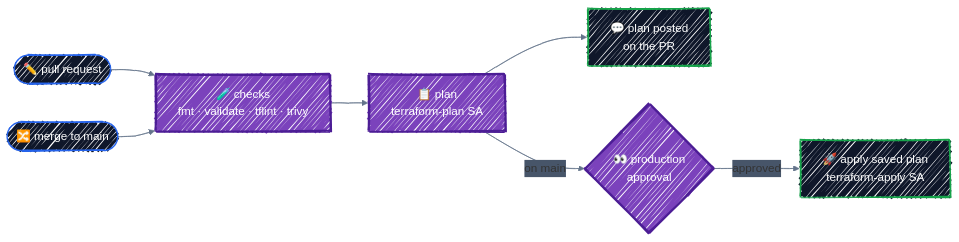
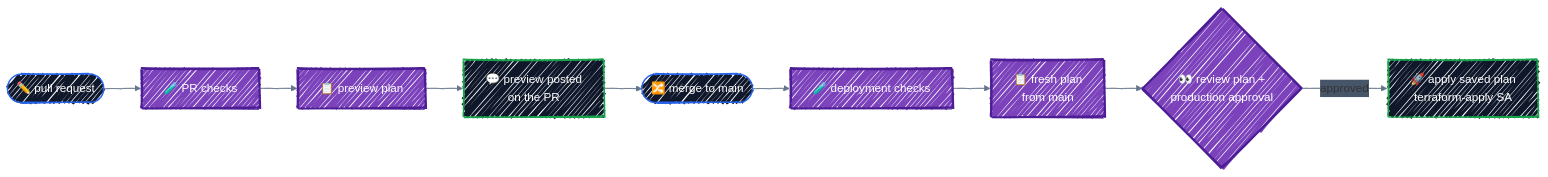
The second of 2 diagrams in docs/team-workflow/ci-cd.md (r97221004/terraform-tutorial), drawn with Mermaid before and after one commit. The commit also changed other lines of this file and 1 other file, not shown here.

Commit message:
docs: clarify preview and deployment plans

````diff
--- a/docs/team-workflow/ci-cd.md
+++ b/docs/team-workflow/ci-cd.md
@@ -159,33 +159,34 @@
 ```mermaid
 ---
 config:
   look: handDrawn
   theme: default
   themeVariables:
     fontFamily: '"Comic Sans MS", "Comic Sans", "Segoe Print", "Bradley Hand", cursive'
     lineColor: '#64748B'
     edgeLabelBackground: '#475569'
   themeCSS: |
     .edgeLabel, .edgeLabel p, .edgeLabel span { color: #FFFFFF !important; }
 ---
 flowchart LR
     pr(["✏️ pull request"])
-    checks["🧪 checks<br/>fmt · validate · tflint · trivy"]
-    plan["📋 plan<br/>terraform-plan SA"]
-    comment["💬 plan posted<br/>on the PR"]
+    prchecks["🧪 PR checks"]
+    preview["📋 preview plan"]
+    comment["💬 preview posted<br/>on the PR"]
     merge(["🔀 merge to main"])
-    approve{"👀 production<br/>approval"}
+    deploychecks["🧪 deployment checks"]
+    deployplan["📋 fresh plan<br/>from main"]
+    approve{"👀 review plan +<br/>production approval"}
     apply["🚀 apply saved plan<br/>terraform-apply SA"]
 
-    pr --> checks --> plan --> comment
-    merge --> checks
-    plan -->|"on main"| approve
+    pr --> prchecks --> preview --> comment --> merge
+    merge --> deploychecks --> deployplan --> approve
     approve -->|"approved"| apply
 
     classDef ctrl fill:#0F172A,stroke:#2563EB,stroke-width:2px,color:#FFFFFF
     classDef eng fill:#7B42BC,stroke:#4C1D95,stroke-width:3px,color:#FFFFFF
     classDef tgt fill:#0F172A,stroke:#16A34A,stroke-width:2px,color:#FFFFFF
     class pr,merge ctrl
-    class checks,plan,approve eng
+    class prchecks,preview,deploychecks,deployplan,approve eng
     class comment,apply tgt
 ```
````
